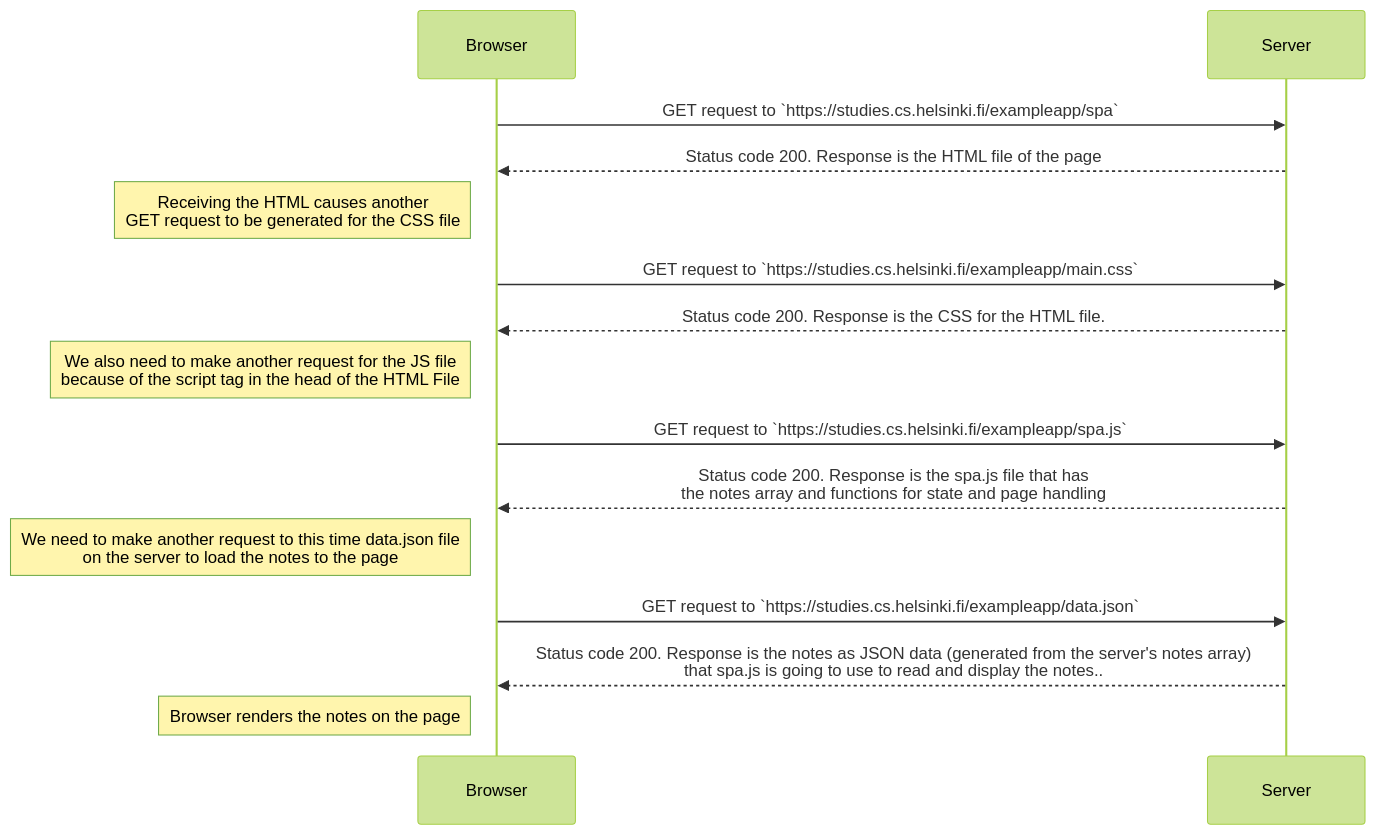
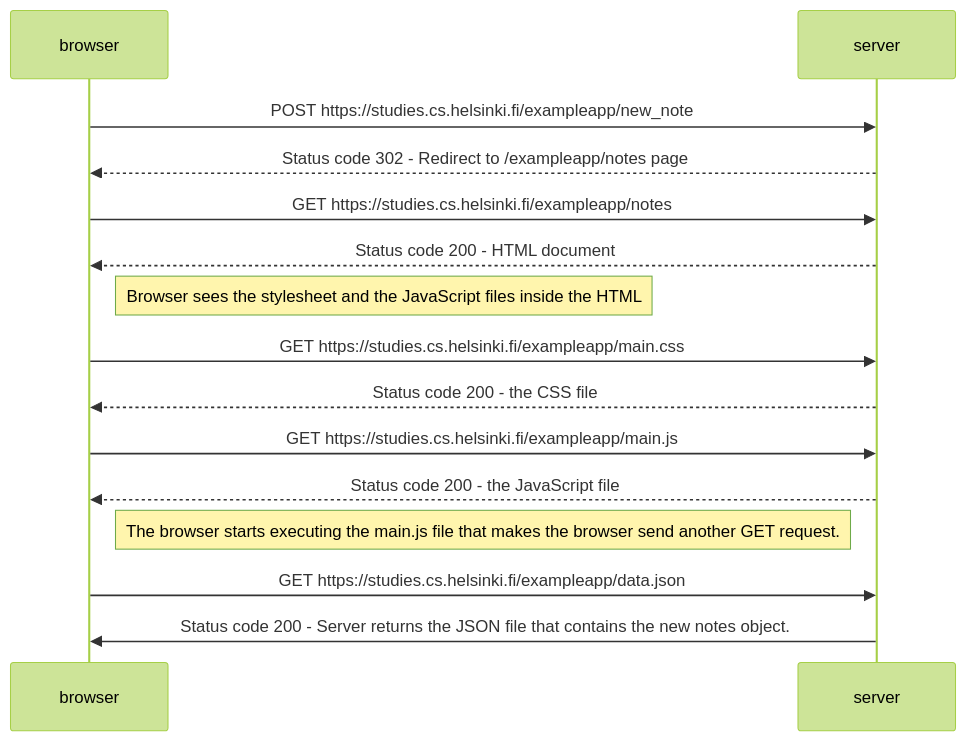
One commit to kuzeyaldemir0/full-stack-open changed the first of 3 diagrams in part0/EXERCISES.md. Above: the diagram before and after it, drawn with Mermaid (forest theme). The commit also changed other lines of this file, not shown here.

````diff
--- a/part0/EXERCISES.md
+++ b/part0/EXERCISES.md
@@ -16,20 +5,24 @@
 ```mermaid
 sequenceDiagram
-    participant Browser
-    participant Server
-    Browser->>Server: GET request to `https://studies.cs.helsinki.fi/exampleapp/spa`
-    Server-->>Browser: Status code 200. Response is the HTML file of the page
-    Note left of Browser: Receiving the HTML causes another <br/> GET request to be generated for the CSS file
+    participant browser
+    participant server
+
+    browser->>server: POST https://studies.cs.helsinki.fi/exampleapp/new_note
+    server-->>browser: Status code 302 - Redirect to /exampleapp/notes page
     
-    Browser->>Server: GET request to `https://studies.cs.helsinki.fi/exampleapp/main.css`
-    Server-->>Browser: Status code 200. Response is the CSS for the HTML file.
-    Note left of Browser: We also need to make another request for the JS file <br/> because of the script tag in the head of the HTML File
+    browser->>server: GET https://studies.cs.helsinki.fi/exampleapp/notes
+    server-->>browser: Status code 200 - HTML document
 
-    Browser->>Server: GET request to `https://studies.cs.helsinki.fi/exampleapp/spa.js`
-    Server-->>Browser: Status code 200. Response is the spa.js file that has <br/> the notes array and functions for state and page handling
-    Note left of Browser: We need to make another request to this time data.json file <br/> on the server to load the notes to the page
+    Note right of browser: Browser sees the stylesheet and the JavaScript files inside the HTML
+    
+    browser->>server: GET https://studies.cs.helsinki.fi/exampleapp/main.css
+    server-->>browser: Status code 200 - the CSS file
 
-    Browser->>Server: GET request to `https://studies.cs.helsinki.fi/exampleapp/data.json`
-    Server-->>Browser: Status code 200. Response is the notes as JSON data (generated from the server's notes array) <br/> that spa.js is going to use to read and display the notes..
-    Note left of Browser: Browser renders the notes on the page
+    browser->>server: GET https://studies.cs.helsinki.fi/exampleapp/main.js
+    server-->>browser: Status code 200 - the JavaScript file
+
+    Note right of browser: The browser starts executing the main.js file that makes the browser send another GET request.
+
+    browser->>server: GET https://studies.cs.helsinki.fi/exampleapp/data.json
+    server->>browser: Status code 200 - Server returns the JSON file that contains the new notes object.
 ```
````
